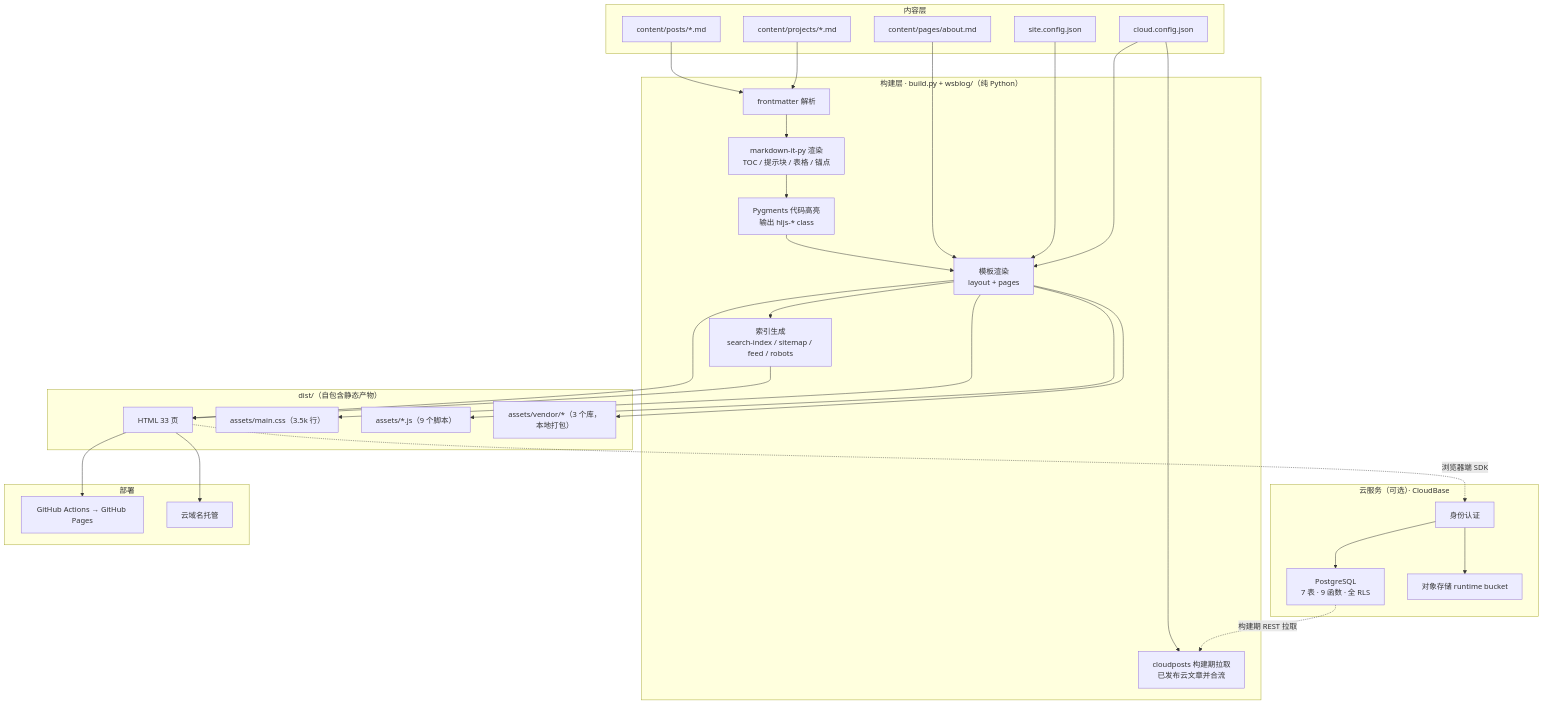
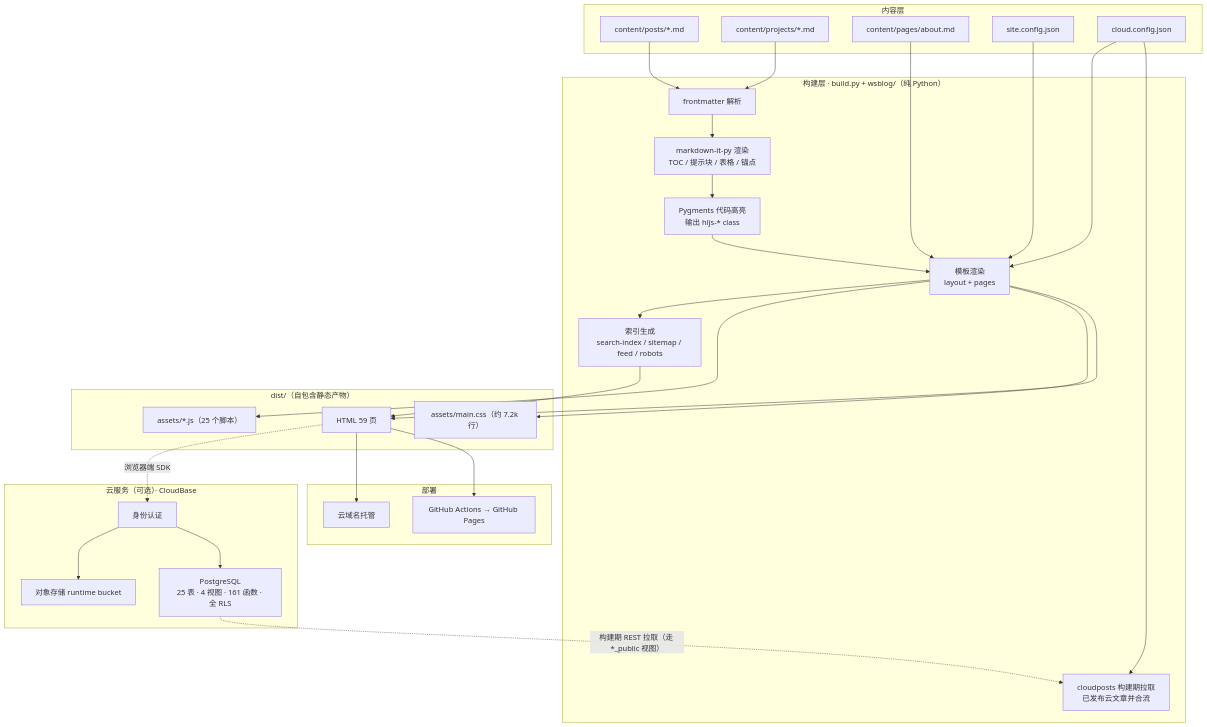
Before and after one commit to zhongwanshun1225/ws-personal-blog: the diagram in docs/网站详细介绍.md, drawn with Mermaid. The commit also changed other lines of this file and 9 other files, not shown here.

````diff
--- a/docs/网站详细介绍.md
+++ b/docs/网站详细介绍.md
@@ -227,55 +280,53 @@
 ```mermaid
 flowchart TD
     subgraph 内容层
         A1["content/posts/*.md"]
         A2["content/projects/*.md"]
         A3["content/pages/about.md"]
         A4["site.config.json"]
         A5["cloud.config.json"]
     end
 
     subgraph 构建层["构建层 · build.py + wsblog/（纯 Python）"]
         B1["frontmatter 解析"]
         B2["markdown-it-py 渲染<br/>TOC / 提示块 / 表格 / 锚点"]
         B3["Pygments 代码高亮<br/>输出 hljs-* class"]
         B4["cloudposts 构建期拉取<br/>已发布云文章并合流"]
         B5["模板渲染<br/>layout + pages"]
         B6["索引生成<br/>search-index / sitemap / feed / robots"]
     end
 
     subgraph 产物["dist/（自包含静态产物）"]
-        C1["HTML 33 页"]
-        C2["assets/main.css（3.5k 行）"]
-        C3["assets/*.js（9 个脚本）"]
-        C4["assets/vendor/*（3 个库，本地打包）"]
+        C1["HTML 59 页"]
+        C2["assets/main.css（约 7.2k 行）"]
+        C3["assets/*.js（25 个脚本）"]
     end
 
     subgraph 云端["云服务（可选）· CloudBase"]
         D1["身份认证"]
-        D2["PostgreSQL<br/>7 表 · 9 函数 · 全 RLS"]
+        D2["PostgreSQL<br/>25 表 · 4 视图 · 161 函数 · 全 RLS"]
         D3["对象存储 runtime bucket"]
     end
 
     subgraph 部署
         E1["GitHub Actions → GitHub Pages"]
         E2["云域名托管"]
     end
 
     A1 --> B1 --> B2 --> B3 --> B5
     A2 --> B1
     A3 --> B5
     A4 --> B5
     A5 --> B4
     A5 --> B5
     B5 --> C1
     B5 --> C2
     B5 --> C3
-    B5 --> C4
     B5 --> B6 --> C1
     C1 --> E1
     C1 --> E2
     C1 -.浏览器端 SDK.-> D1
     D1 --> D2
     D1 --> D3
-    D2 -.构建期 REST 拉取.-> B4
+    D2 -.构建期 REST 拉取（走 *_public 视图）.-> B4
 ```
````
